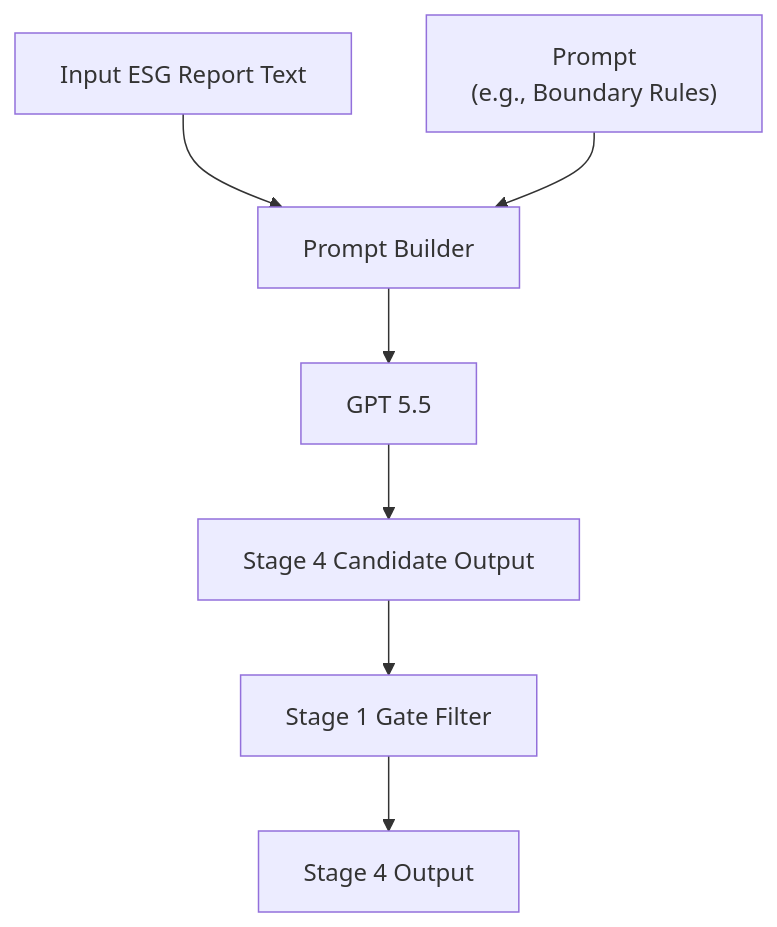
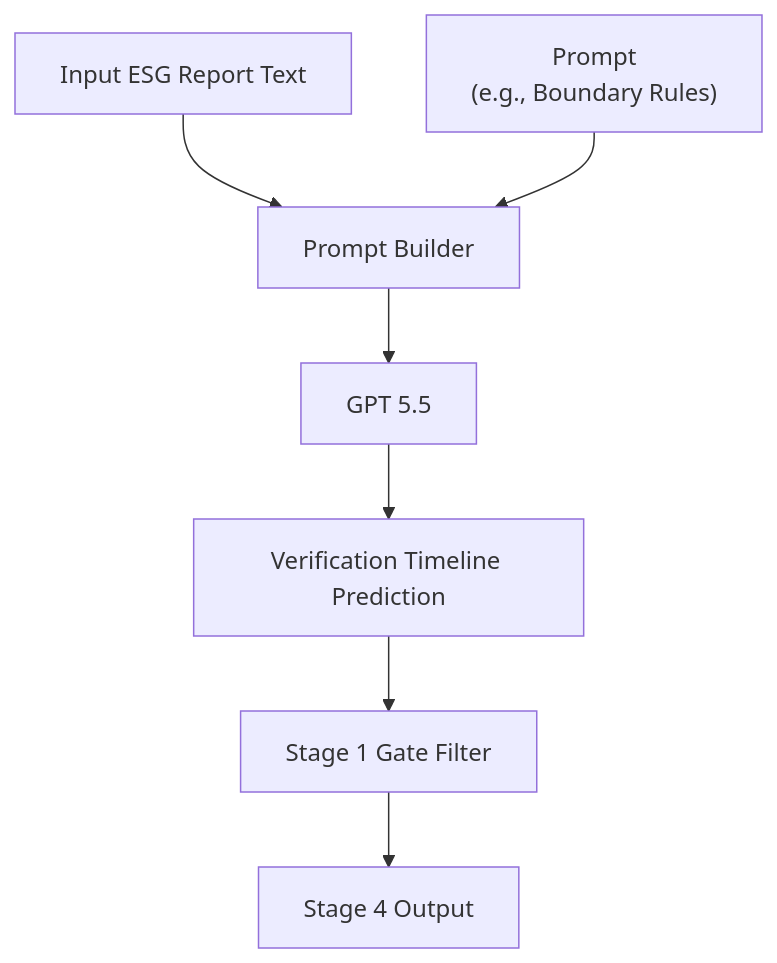
One commit to yenhao-huang/AICUP_ESG2026 changed the fourth of 9 diagrams in README.md. Above: the diagram before and after it, drawn with Mermaid. The commit also changed other lines of this file and 36 other files, not shown here.

````diff
--- a/README.md
+++ b/README.md
@@ -78,9 +95,9 @@
 ```mermaid
 flowchart TD
     Input["Input ESG Report Text"] --> PromptBuilder["Prompt Builder"]
     Prompt["Prompt<br/>(e.g., Boundary Rules)"] --> PromptBuilder
     PromptBuilder --> Reasoner["GPT 5.5"]
-    Reasoner --> Candidate["Stage 4 Candidate Output"]
+    Reasoner --> Candidate["Verification Timeline Prediction"]
     Candidate --> Gate["Stage 1 Gate Filter"]
     Gate --> Final["Stage 4 Output"]
 ```
````
